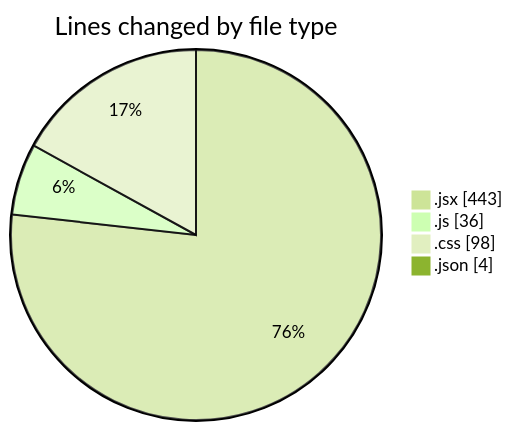
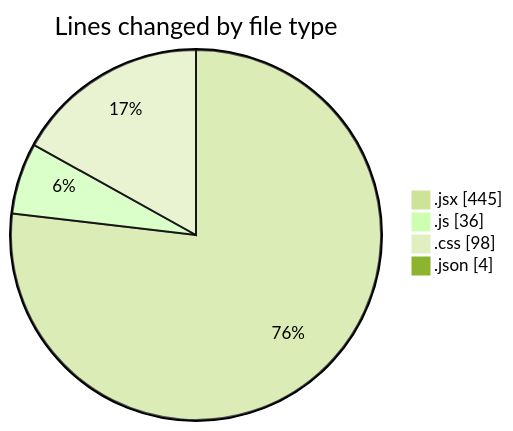
One commit to Elitesun/code-tracking changed the first of 2 diagrams in 2025-03-09/elitesgpt/README.md. Above: the diagram before and after it, drawn with Mermaid (forest theme). The commit also changed other lines of this file and 1 other file, not shown here.

````diff
--- a/2025-03-09/elitesgpt/README.md
+++ b/2025-03-09/elitesgpt/README.md
@@ -26,8 +26,8 @@
 ```mermaid
 pie showData
 title Lines changed by file type
-".jsx" : 443
+".jsx" : 445
 ".js" : 36
 ".css" : 98
 ".json" : 4
 ```
````
